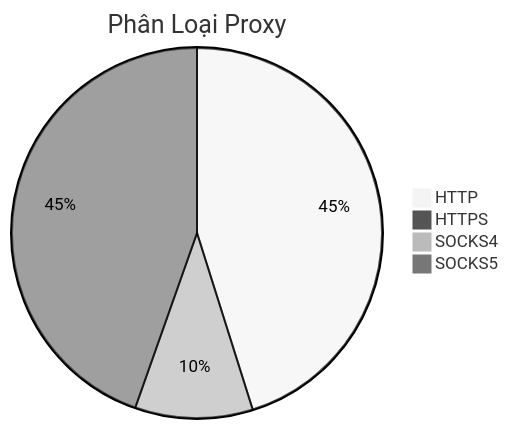
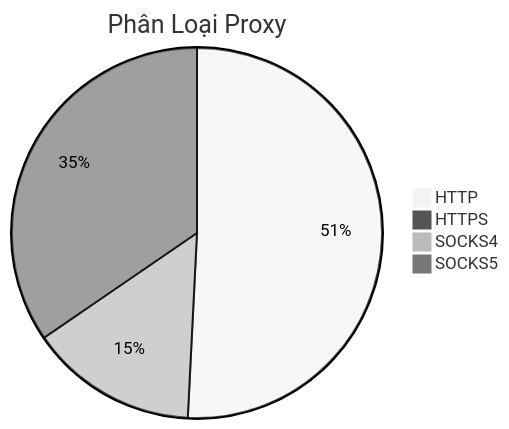
The diagram in README.md (Ciara-12/PROXY-free), drawn with Mermaid (neutral theme) before and after one commit. The commit also changed other lines of this file and 3 other files, not shown here.

````diff
--- a/README.md
+++ b/README.md
@@ -26,7 +26,7 @@
 ```mermaid
 pie title Phân Loại Proxy
-    "HTTP" : 1160
+    "HTTP" : 898
     "HTTPS" : 1
-    "SOCKS4" : 264
-    "SOCKS5" : 1146
+    "SOCKS4" : 259
+    "SOCKS5" : 611
 ```
````
